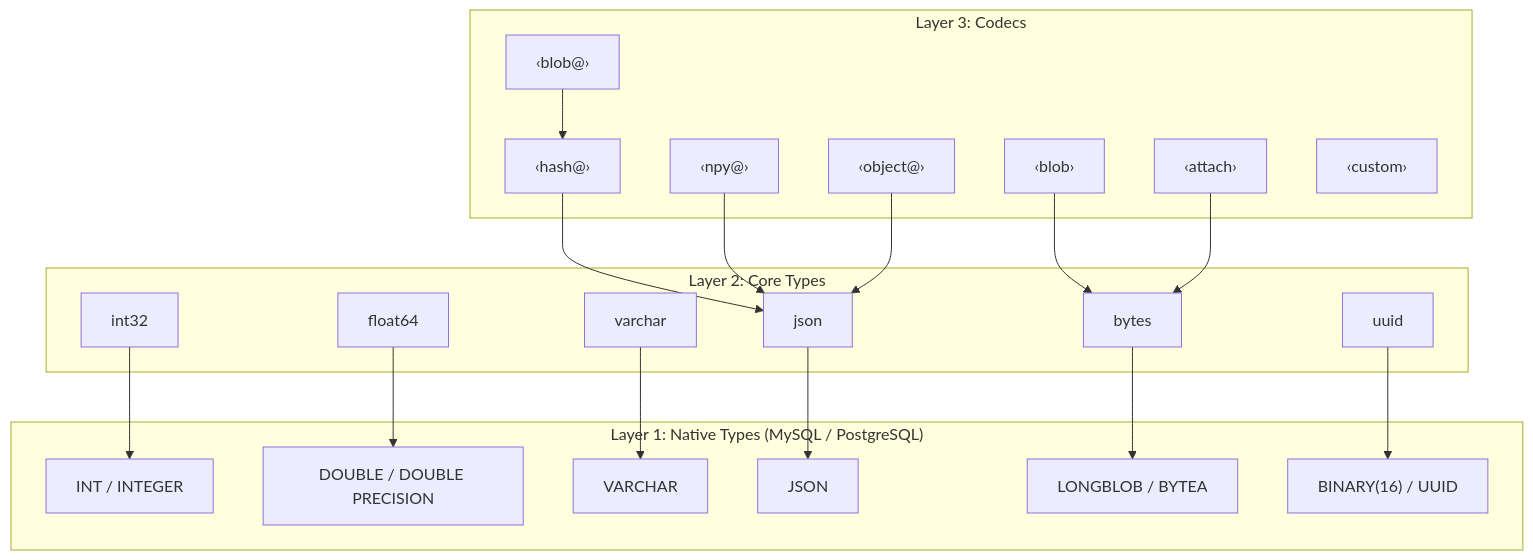
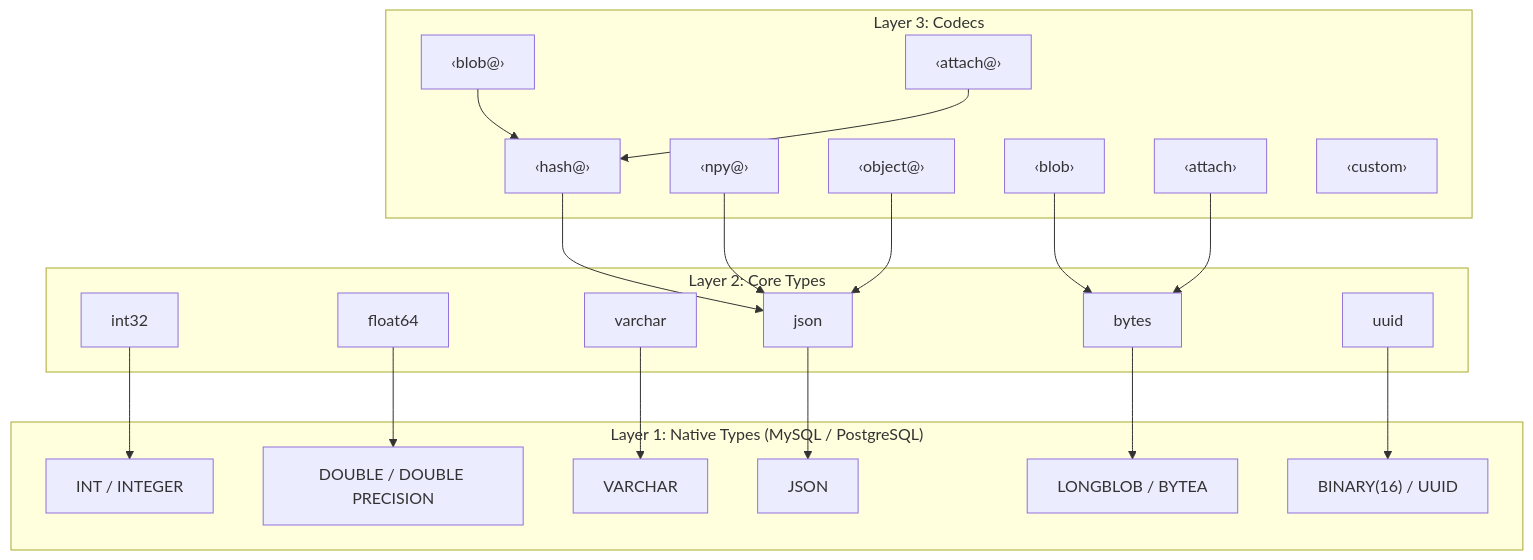
The diagram in src/explanation/type-system.md (datajoint/datajoint-docs), drawn with Mermaid before and after one commit.

Commit message:
docs: Add <attach@> to diagram showing hash-addressed chaining

````diff
--- a/src/explanation/type-system.md
+++ b/src/explanation/type-system.md
@@ -11,42 +11,44 @@
 ```mermaid
 graph TB
     subgraph "Layer 3: Codecs"
         blob["‹blob›"]
         blob_at["‹blob@›"]
         attach["‹attach›"]
+        attach_at["‹attach@›"]
         npy["‹npy@›"]
         object["‹object@›"]
         hash["‹hash@›"]
         custom["‹custom›"]
     end
     subgraph "Layer 2: Core Types"
         int32
         float64
         varchar
         json
         bytes
         uuid
     end
     subgraph "Layer 1: Native Types (MySQL / PostgreSQL)"
         INT["INT / INTEGER"]
         DOUBLE["DOUBLE / DOUBLE PRECISION"]
         VARCHAR_N["VARCHAR"]
         JSON_N["JSON"]
         BYTES_N["LONGBLOB / BYTEA"]
         UUID_N["BINARY(16) / UUID"]
     end
 
     blob --> bytes
     blob_at --> hash
+    attach --> bytes
+    attach_at --> hash
     hash --> json
-    attach --> bytes
     npy --> json
     object --> json
 
     bytes --> BYTES_N
     json --> JSON_N
     int32 --> INT
     float64 --> DOUBLE
     varchar --> VARCHAR_N
     uuid --> UUID_N
 ```
````
